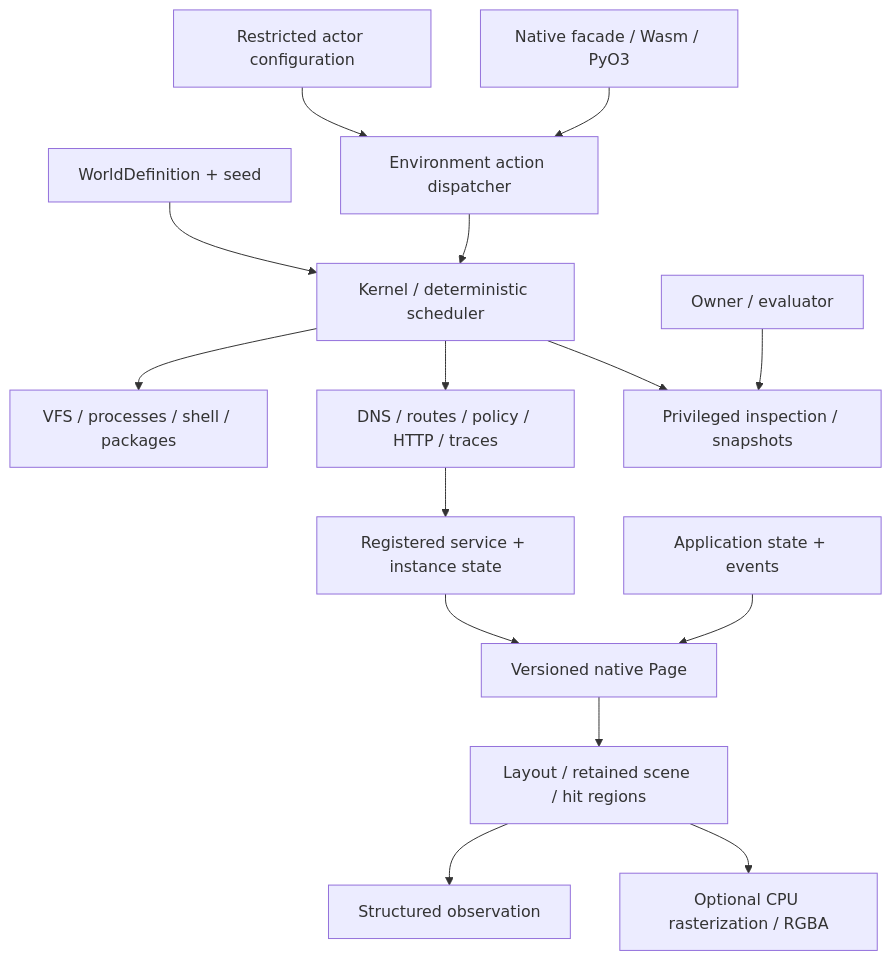
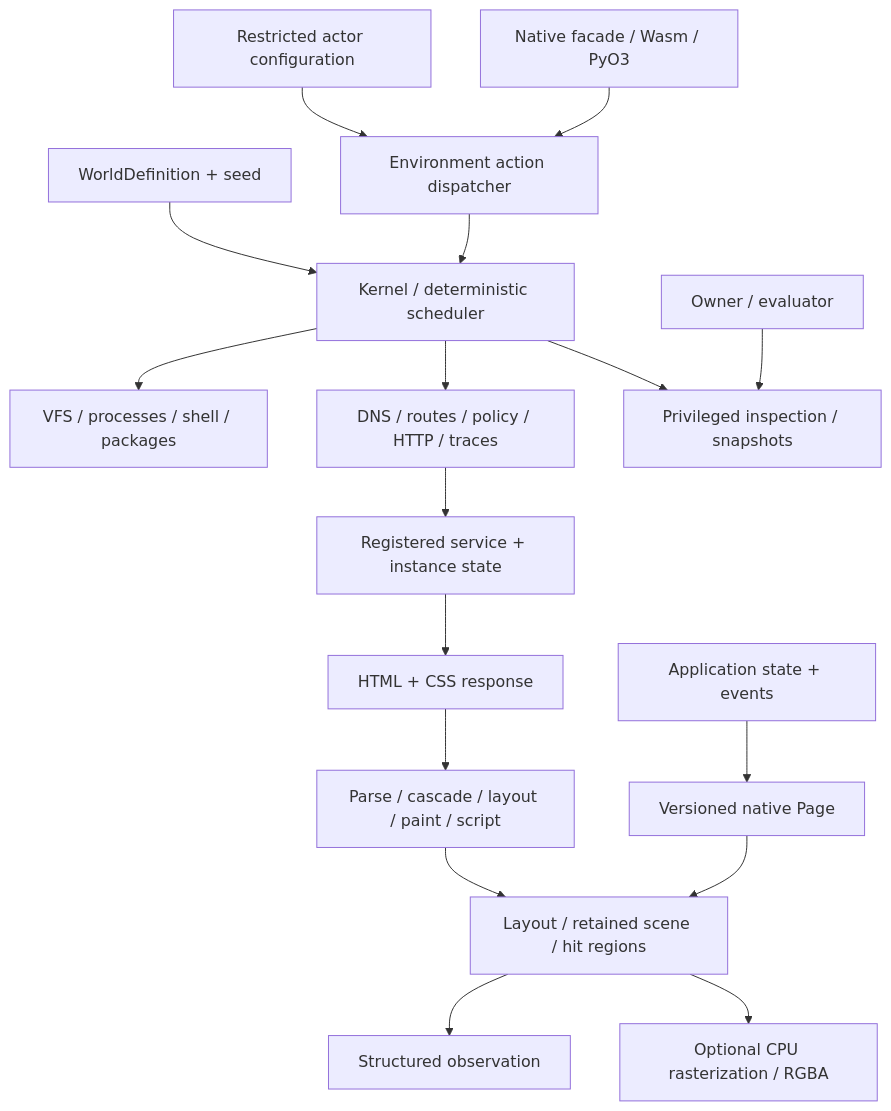
The diagram in docs/architecture.md (JacobFV/computerworld), drawn with Mermaid before and after one commit. The commit also changed other lines of this file and 14 other files, not shown here.

````diff
--- a/docs/architecture.md
+++ b/docs/architecture.md
@@ -7,17 +7,19 @@
 ```mermaid
 flowchart TD
   Definition[WorldDefinition + seed] --> Runtime[Kernel / deterministic scheduler]
   Runtime --> Computer[VFS / processes / shell / packages]
   Runtime --> Network[DNS / routes / policy / HTTP / traces]
   Network --> Service[Registered service + instance state]
-  Service --> Page[Versioned native Page]
-  App[Application state + events] --> Page
+  Service --> Html[HTML + CSS response]
+  Html --> Web[Parse / cascade / layout / paint / script]
+  App[Application state + events] --> Page[Versioned native Page]
   Page --> Scene[Layout / retained scene / hit regions]
+  Web --> Scene
   Scene --> Semantic[Structured observation]
   Scene --> Raster[Optional CPU rasterization / RGBA]
   Actor[Restricted actor configuration] --> Env[Environment action dispatcher]
   Env --> Runtime
   Owner[Owner / evaluator] --> Inspection[Privileged inspection / snapshots]
   Runtime --> Inspection
   Bindings[Native facade / Wasm / PyO3] --> Env
 ```
````
